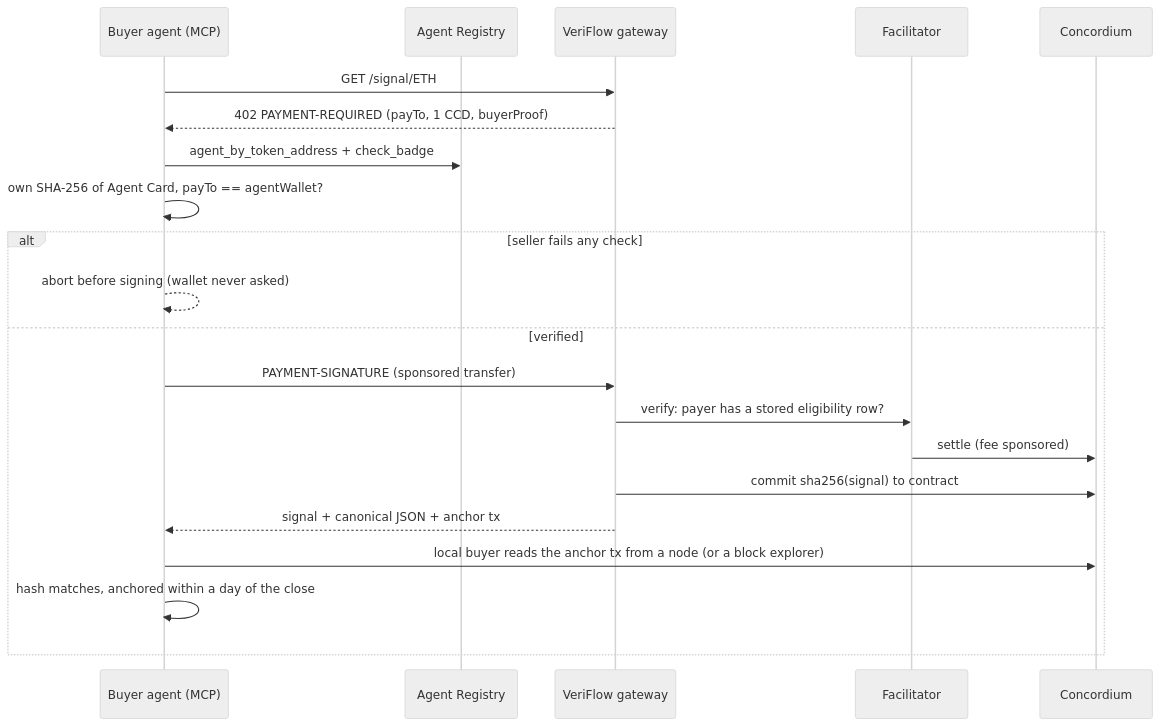
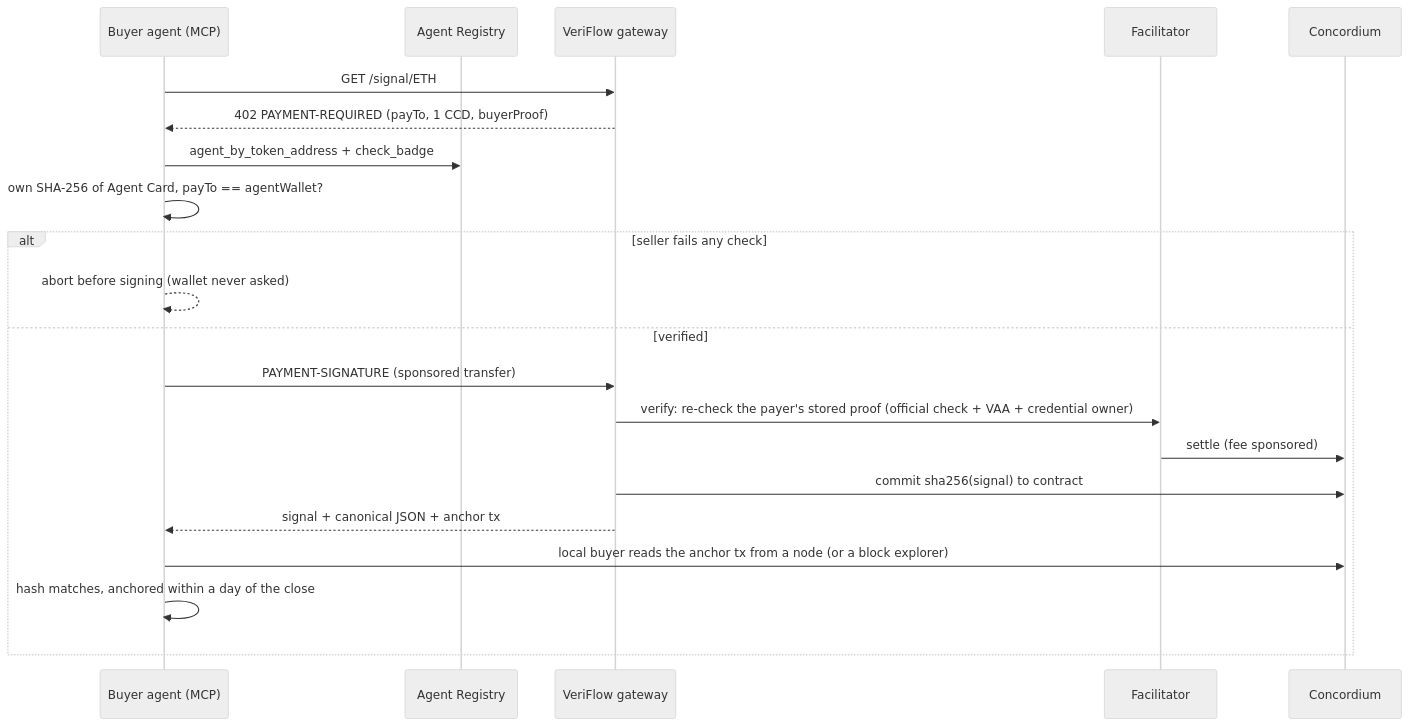
One commit to jiahaoc040-ai/veriflow changed the second of 2 diagrams in README.md. Above: the diagram before and after it, drawn with Mermaid (neutral theme). The commit also changed other lines of this file and 8 other files, not shown here.

````diff
--- a/README.md
+++ b/README.md
@@ -58,23 +58,23 @@
 ```mermaid
 sequenceDiagram
   participant B as Buyer agent (MCP)
   participant R as Agent Registry
   participant G as VeriFlow gateway
   participant F as Facilitator
   participant C as Concordium
   B->>G: GET /signal/ETH
   G-->>B: 402 PAYMENT-REQUIRED (payTo, 1 CCD, buyerProof)
   B->>R: agent_by_token_address + check_badge
   B->>B: own SHA-256 of Agent Card, payTo == agentWallet?
   alt seller fails any check
     B-->>B: abort before signing (wallet never asked)
   else verified
     B->>G: PAYMENT-SIGNATURE (sponsored transfer)
-    G->>F: verify: payer has a stored eligibility row?
+    G->>F: verify: re-check the payer's stored proof (official check + VAA + credential owner)
     F->>C: settle (fee sponsored)
     G->>C: commit sha256(signal) to contract
     G-->>B: signal + canonical JSON + anchor tx
     B->>C: local buyer reads the anchor tx from a node (or a block explorer)
     B->>B: hash matches, anchored within a day of the close
   end
 ```
````
